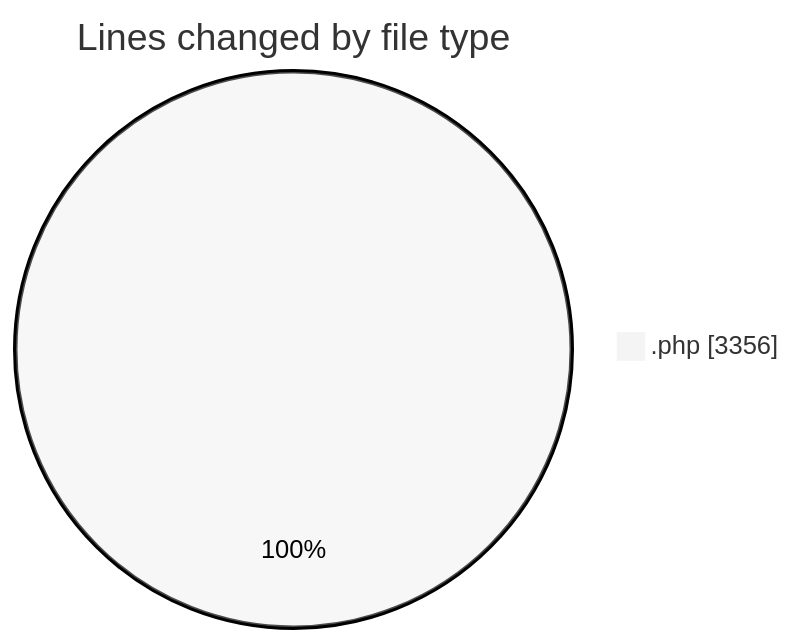
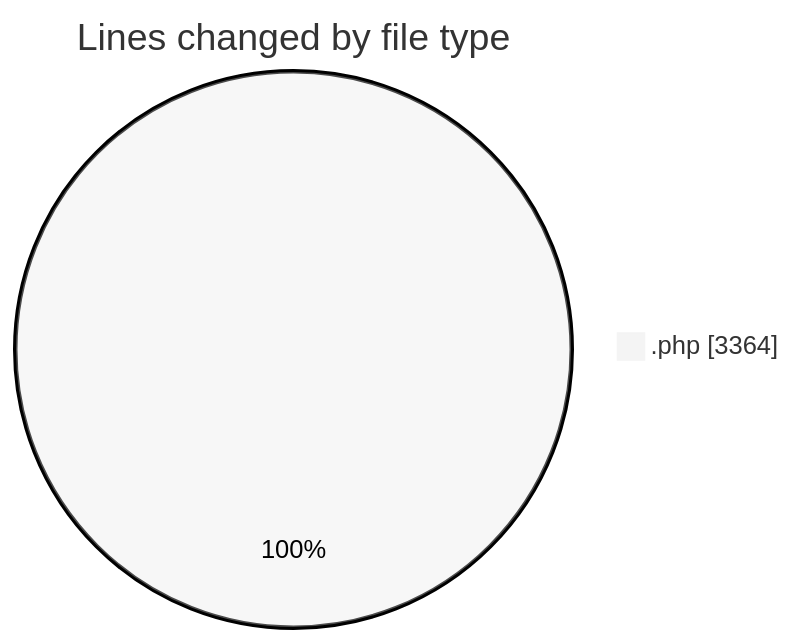
Before and after one commit to debugP/code-tracking: the first of 2 diagrams in 2025-10-03/untitled__workspace_/README.md, drawn with Mermaid (neutral theme). The commit also changed other lines of this file and 1 other file, not shown here.

````diff
--- a/2025-10-03/untitled__workspace_/README.md
+++ b/2025-10-03/untitled__workspace_/README.md
@@ -20,5 +20,5 @@
 ```mermaid
 pie showData
 title Lines changed by file type
-".php" : 3356
+".php" : 3364
 ```
````
